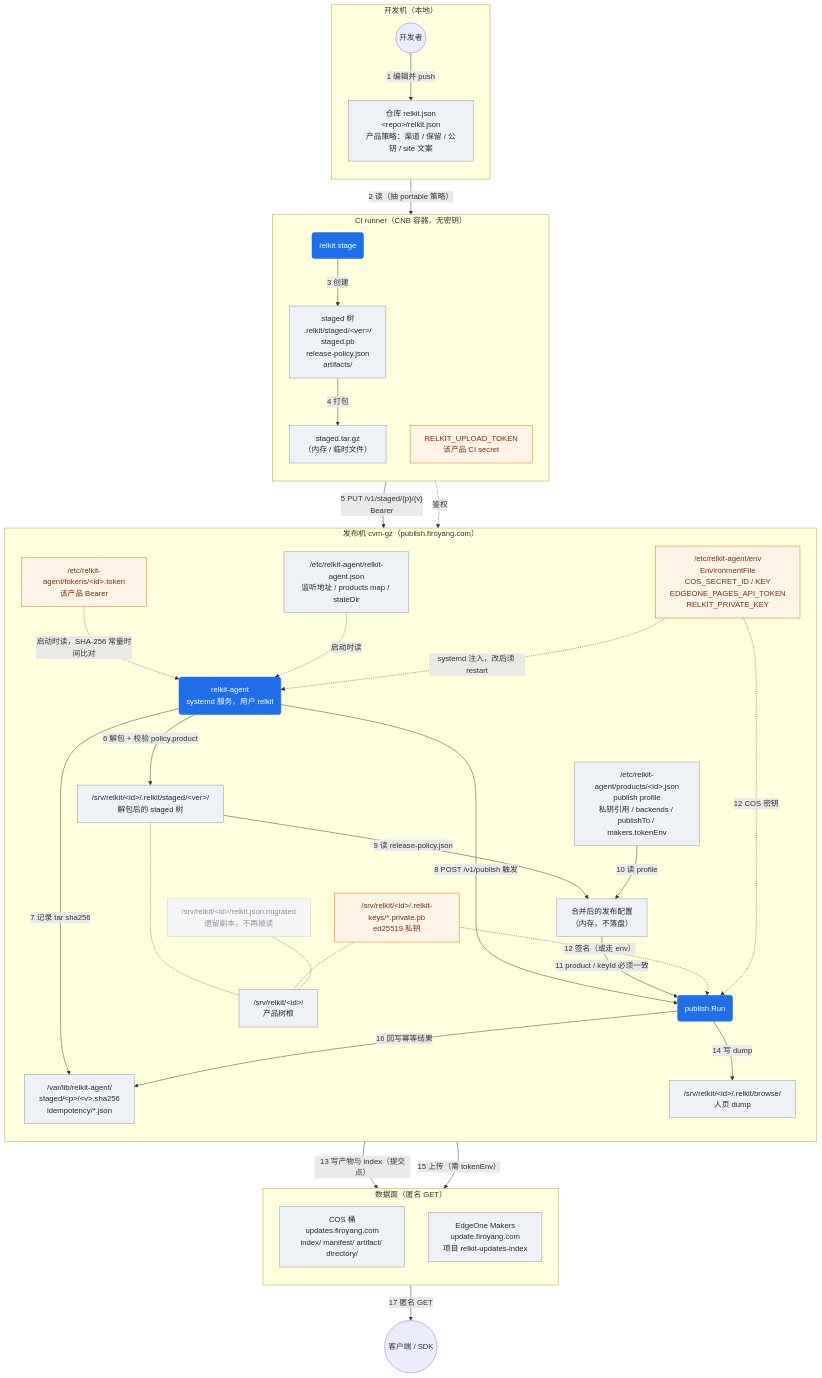
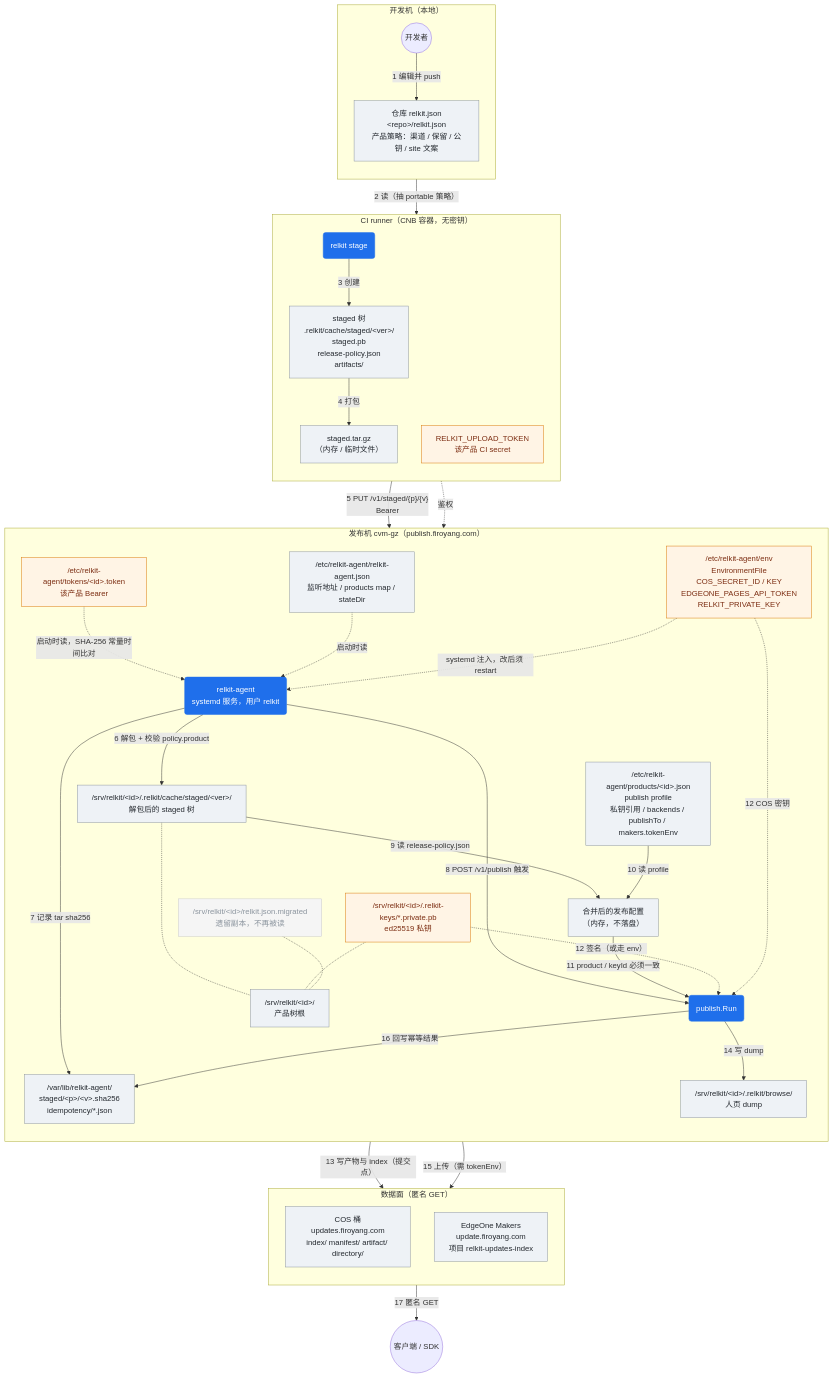
Before and after one commit to shichao402/relkit: the first of 2 diagrams in docs/_pending/2026-09-01-publish-config-lessons.md, drawn with Mermaid. The commit also changed other lines of this file and 12 other files, not shown here.

Commit message:
feat: isolate relkit transient cache

````diff
--- a/docs/_pending/2026-09-01-publish-config-lessons.md
+++ b/docs/_pending/2026-09-01-publish-config-lessons.md
@@ -17,76 +17,76 @@
 ```mermaid
 flowchart TB
     subgraph DEV["开发机（本地）"]
         direction TB
         devEdit(("开发者"))
         repoCfg["仓库 relkit.json<br/>&lt;repo&gt;/relkit.json<br/>产品策略：渠道 / 保留 / 公钥 / site 文案"]
         devEdit -- "1 编辑并 push" --> repoCfg
     end
 
     subgraph CI["CI runner（CNB 容器，无密钥）"]
         direction TB
         stageProc("relkit stage")
-        stagedTree["staged 树<br/>.relkit/staged/&lt;ver&gt;/<br/>staged.pb<br/>release-policy.json<br/>artifacts/"]
+        stagedTree["staged 树<br/>.relkit/cache/staged/&lt;ver&gt;/<br/>staged.pb<br/>release-policy.json<br/>artifacts/"]
         tarball["staged.tar.gz<br/>（内存 / 临时文件）"]
         ciToken["RELKIT_UPLOAD_TOKEN<br/>该产品 CI secret"]
         stageProc -- "3 创建" --> stagedTree
         stagedTree -- "4 打包" --> tarball
     end
 
     subgraph PUB["发布机 cvm-gz（publish.firoyang.com）"]
         direction TB
         agent("relkit-agent<br/>systemd 服务，用户 relkit")
         agentCfg["/etc/relkit-agent/relkit-agent.json<br/>监听地址 / products map / stateDir"]
         agentToken["/etc/relkit-agent/tokens/&lt;id&gt;.token<br/>该产品 Bearer"]
         agentEnv["/etc/relkit-agent/env<br/>EnvironmentFile<br/>COS_SECRET_ID / KEY<br/>EDGEONE_PAGES_API_TOKEN<br/>RELKIT_PRIVATE_KEY"]
         profile["/etc/relkit-agent/products/&lt;id&gt;.json<br/>publish profile<br/>私钥引用 / backends / publishTo / makers.tokenEnv"]
         prodRoot["/srv/relkit/&lt;id&gt;/<br/>产品树根"]
         privKey["/srv/relkit/&lt;id&gt;/.relkit-keys/*.private.pb<br/>ed25519 私钥"]
-        landed["/srv/relkit/&lt;id&gt;/.relkit/staged/&lt;ver&gt;/<br/>解包后的 staged 树"]
+        landed["/srv/relkit/&lt;id&gt;/.relkit/cache/staged/&lt;ver&gt;/<br/>解包后的 staged 树"]
         state["/var/lib/relkit-agent/<br/>staged/&lt;p&gt;/&lt;v&gt;.sha256<br/>idempotency/*.json"]
         stale["/srv/relkit/&lt;id&gt;/relkit.json.migrated<br/>遗留副本，不再被读"]
         merged["合并后的发布配置<br/>（内存，不落盘）"]
         publishRun("publish.Run")
         browseDump["/srv/relkit/&lt;id&gt;/.relkit/browse/<br/>人页 dump"]
     end
 
     subgraph DATA["数据面（匿名 GET）"]
         direction TB
         cos["COS 桶<br/>updates.firoyang.com<br/>index/ manifest/ artifact/ directory/"]
         makers["EdgeOne Makers<br/>update.firoyang.com<br/>项目 relkit-updates-index"]
     end
 
     client(("客户端 / SDK"))
 
     repoCfg -- "2 读（抽 portable 策略）" --> stageProc
     tarball -- "5 PUT /v1/staged/{p}/{v}<br/>Bearer" --> agent
     ciToken -. "鉴权" .-> agent
     agentToken -. "启动时读，SHA-256 常量时间比对" .-> agent
     agentCfg -. "启动时读" .-> agent
     agentEnv -. "systemd 注入，改后须 restart" .-> agent
     agent -- "6 解包 + 校验 policy.product" --> landed
     agent -- "7 记录 tar sha256" --> state
     agent -- "8 POST /v1/publish 触发" --> publishRun
     landed -- "9 读 release-policy.json" --> merged
     profile -- "10 读 profile" --> merged
     merged -- "11 product / keyId 必须一致" --> publishRun
     privKey -. "12 签名（或走 env）" .-> publishRun
     agentEnv -. "12 COS 密钥" .-> publishRun
     publishRun -- "13 写产物与 index（提交点）" --> cos
     publishRun -- "14 写 dump" --> browseDump
     browseDump -- "15 上传（需 tokenEnv）" --> makers
     publishRun -- "16 回写幂等结果" --> state
     cos -- "17 匿名 GET" --> client
     landed -.- prodRoot
     privKey -.- prodRoot
     stale -.- prodRoot
 
     classDef proc fill:#1f6feb,stroke:#1f6feb,color:#fff
     classDef data fill:#eef2f6,stroke:#8b949e,color:#24292f
     classDef secret fill:#fff4e5,stroke:#d97706,color:#7c2d12
     classDef dead fill:#f5f5f5,stroke:#c9c9c9,color:#8b949e
     class stageProc,agent,publishRun proc
     class repoCfg,stagedTree,tarball,agentCfg,profile,prodRoot,landed,state,merged,browseDump,cos,makers data
     class ciToken,agentToken,agentEnv,privKey secret
     class stale dead
 ```
````
